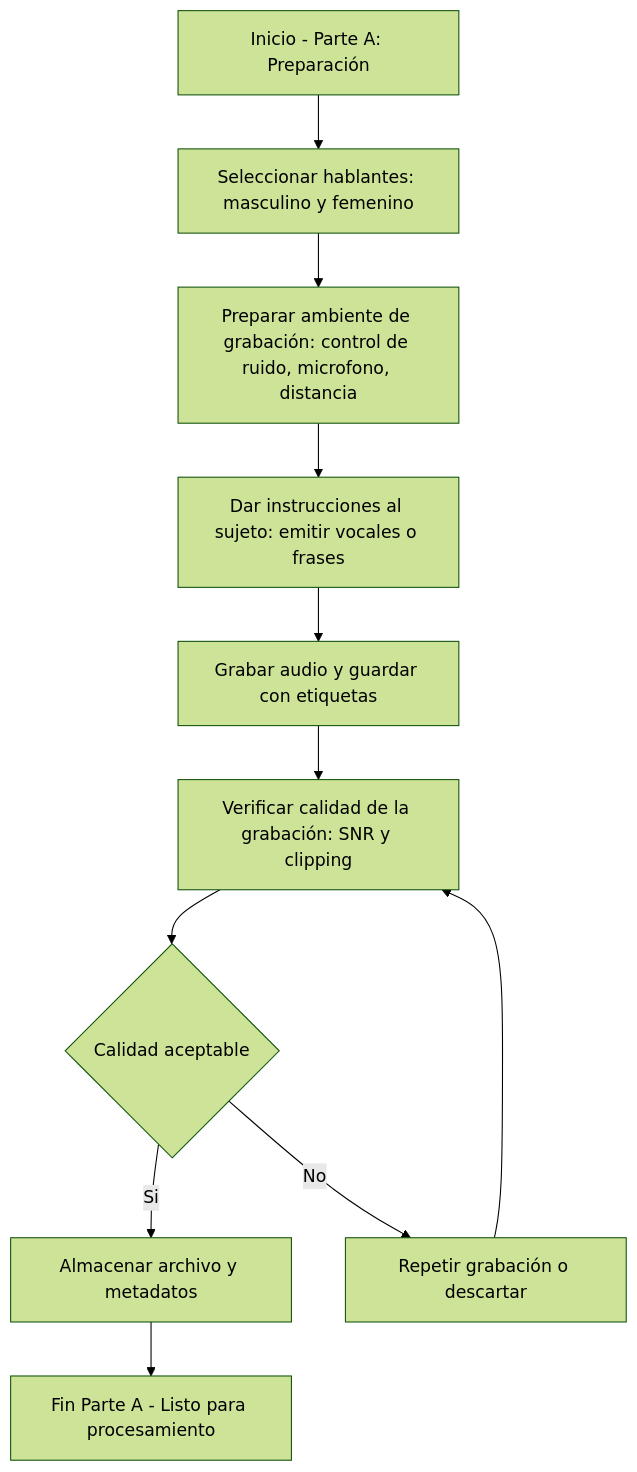
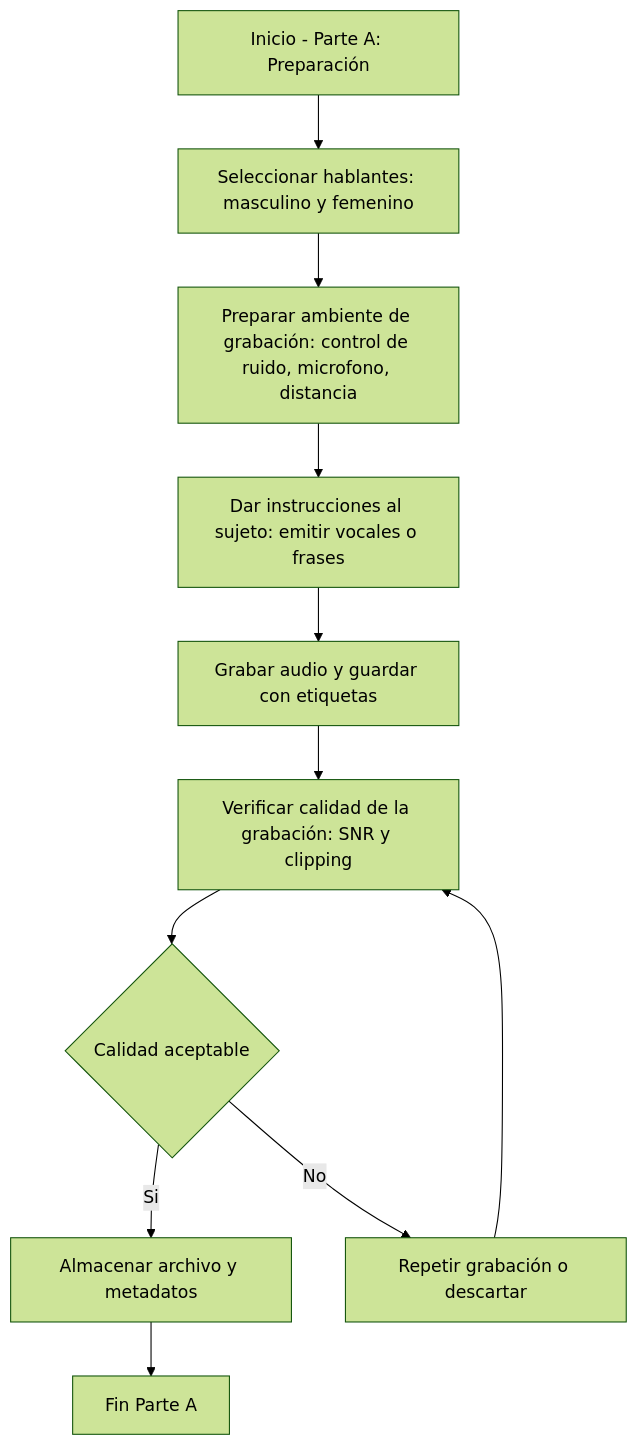
Before and after one commit to LauraDaniela09/Laboratorio_3: the first of 3 diagrams in README.md, drawn with Mermaid (forest theme). The commit also changed other lines of this file, not shown here.

````diff
--- a/README.md
+++ b/README.md
@@ -23,13 +23,13 @@
 ```mermaid
 flowchart TD
   A[Inicio - Parte A: Preparación] --> B[Seleccionar hablantes: masculino y femenino]
   B --> C[Preparar ambiente de grabación: control de ruido, microfono, distancia]
   C --> D[Dar instrucciones al sujeto: emitir vocales o frases]
   D --> E[Grabar audio y guardar con etiquetas]
   E --> F[Verificar calidad de la grabación: SNR y clipping]
   F --> G{Calidad aceptable}
   G -->|Si| H[Almacenar archivo y metadatos]
   G -->|No| I[Repetir grabación o descartar]
   I --> F
-  H --> J[Fin Parte A - Listo para procesamiento]
+  H --> J[Fin Parte A ]
 ```
````
